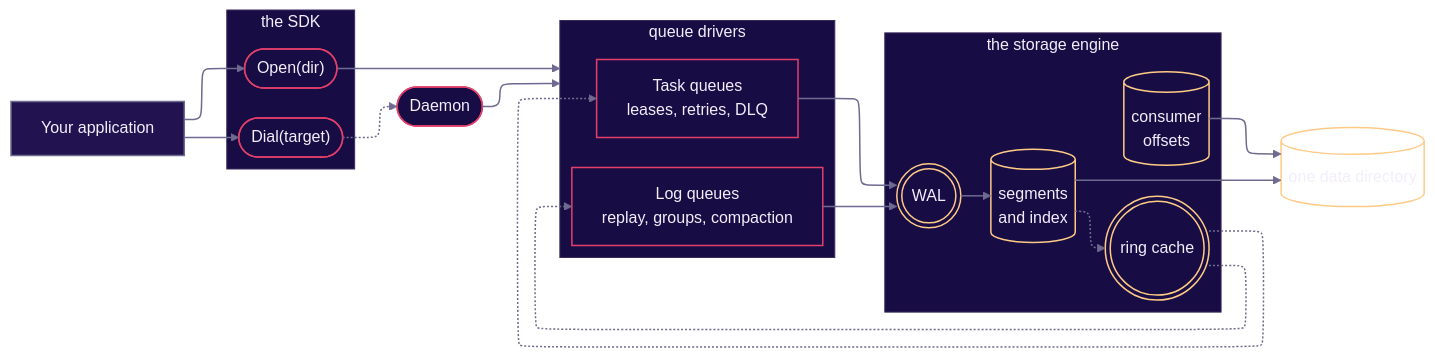
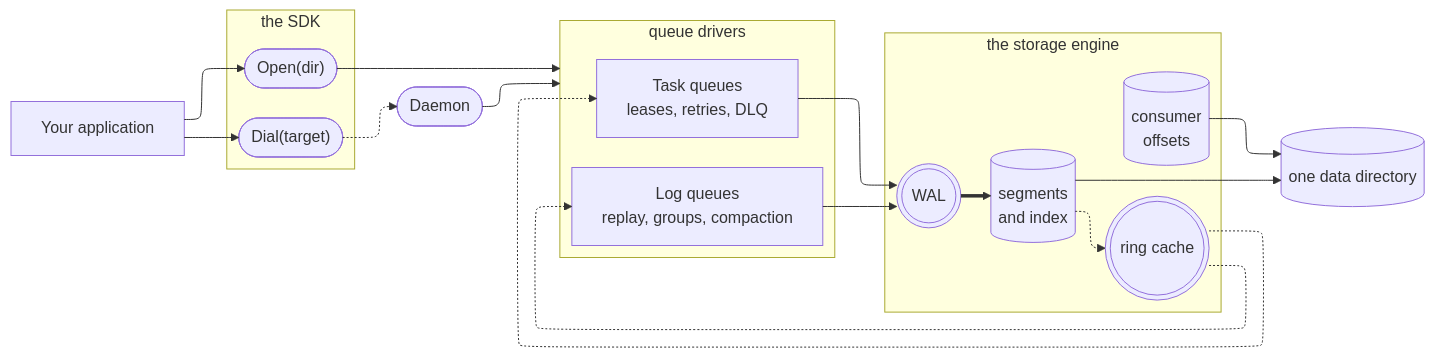
The second of 15 diagrams in ARCHITECTURE.md (dmunish/mikyu), drawn with Mermaid before and after one commit. The commit also changed other lines of this file, not shown here.

Commit message:
[docs] ARCHITECTURE: remove theming

````diff
--- a/ARCHITECTURE.md
+++ b/ARCHITECTURE.md
@@ -104,70 +91,48 @@
 ```mermaid
 ---
 config:
   layout: elk
-  theme: base
   themeVariables:
-    background: "#170d44"
-    primaryColor: "#221350"
-    primaryBorderColor: "#6f6a8f"
-    primaryTextColor: "#f2eefb"
-    lineColor: "#6f6a8f"
-    textColor: "#a29dbd"
-    clusterBkg: "#170d44"
-    clusterBorder: "#3b2a5e"
-    edgeLabelBackground: "#170d44"
-    titleColor: "#f2eefb"
     fontFamily: "IBM Plex Mono, monospace"
 ---
 flowchart LR
     APP["Your application"]
 
     subgraph SDK["the SDK"]
         direction TB
         OPEN(["Open(dir)"])
         DIAL(["Dial(target)"])
     end
 
     DMN(["Daemon"])
 
     subgraph DRV["queue drivers"]
         direction LR
         LOG["Log queues<br/>replay, groups, compaction"]
         TASK["Task queues<br/>leases, retries, DLQ"]
     end
 
     subgraph ENG["the storage engine"]
         direction LR
         WAL((("WAL")))
         CACHE((("ring cache")))
         SEG[("segments<br/>and index")]
         OFFS[("consumer<br/>offsets")]
     end
 
     DISK[("one data directory")]
 
     APP --> OPEN
     APP --> DIAL
     DIAL -.-> DMN
     OPEN --> DRV
     DMN --> DRV
     LOG --> WAL
     TASK --> WAL
     WAL ==> SEG
     SEG -.-> CACHE
     CACHE -.-> LOG
     CACHE -.-> TASK
     SEG --> DISK
     OFFS --> DISK
-
-    classDef interface fill:#221350,stroke:#6f6a8f,color:#f2eefb,stroke-width:1.5px
-    classDef runtime fill:#170d44,stroke:#e33f6a,color:#f2eefb,stroke-width:1.5px
-    classDef storage fill:transparent,stroke:#ffca86,color:#f2eefb,stroke-width:1.5px
-    class APP interface
-    class OPEN,DIAL,DMN,LOG,TASK runtime
-    class WAL,SEG,OFFS,DISK,CACHE storage
-    style SDK fill:#170d44,stroke:#3b2a5e,color:#f2eefb
-    style DRV fill:#170d44,stroke:#3b2a5e,color:#f2eefb
-    style ENG fill:#170d44,stroke:#3b2a5e,color:#f2eefb
-    linkStyle default stroke:#6f6a8f,stroke-width:1.5px
 ```
````
